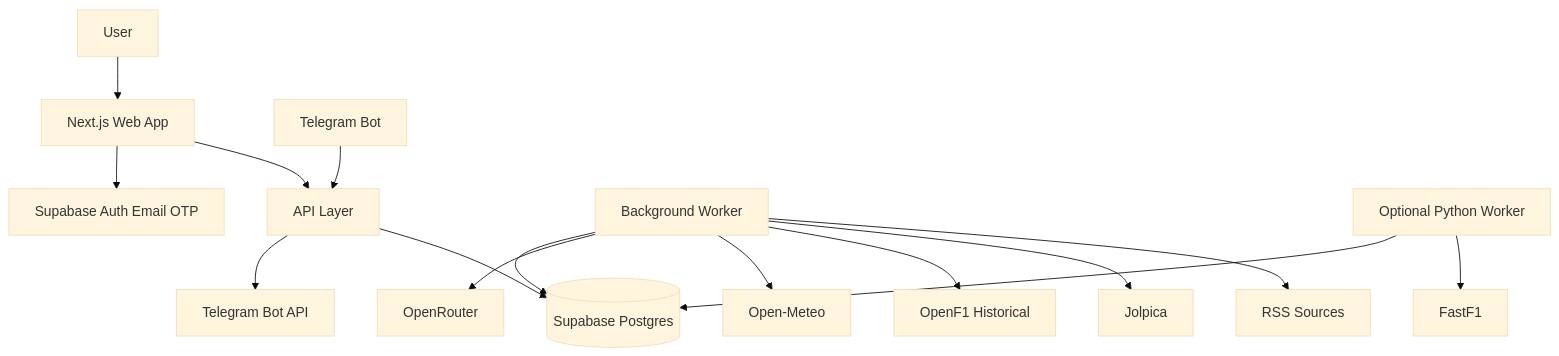
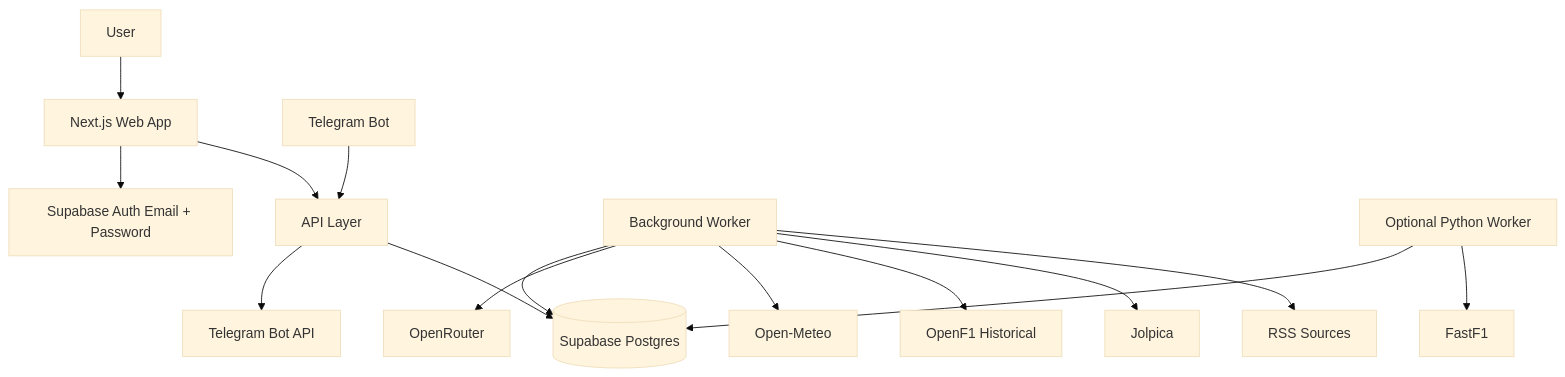
One commit to dennysandreev/Racemate changed the diagram in 03_architecture.md. Above: the diagram before and after it, drawn with Mermaid (base theme). The commit also changed other lines of this file and 258 other files, not shown here.

````diff
--- a/03_architecture.md
+++ b/03_architecture.md
@@ -30,20 +30,20 @@
 ```mermaid
 flowchart TD
   U[User] --> WEB[Next.js Web App]
   WEB --> API[API Layer]
-  WEB --> AUTH[Supabase Auth Email OTP]
+  WEB --> AUTH[Supabase Auth Email + Password]
   API --> DB[(Supabase Postgres)]
 
   WORKER[Background Worker] --> RSS[RSS Sources]
   WORKER --> JOLPICA[Jolpica]
   WORKER --> OPENF1[OpenF1 Historical]
   WORKER --> WEATHER[Open-Meteo]
   WORKER --> AI[OpenRouter]
   WORKER --> DB
 
   TG[Telegram Bot] --> API
   API --> TGBOTAPI[Telegram Bot API]
 
   PY[Optional Python Worker] --> FASTF1[FastF1]
   PY --> DB
 ```
````
